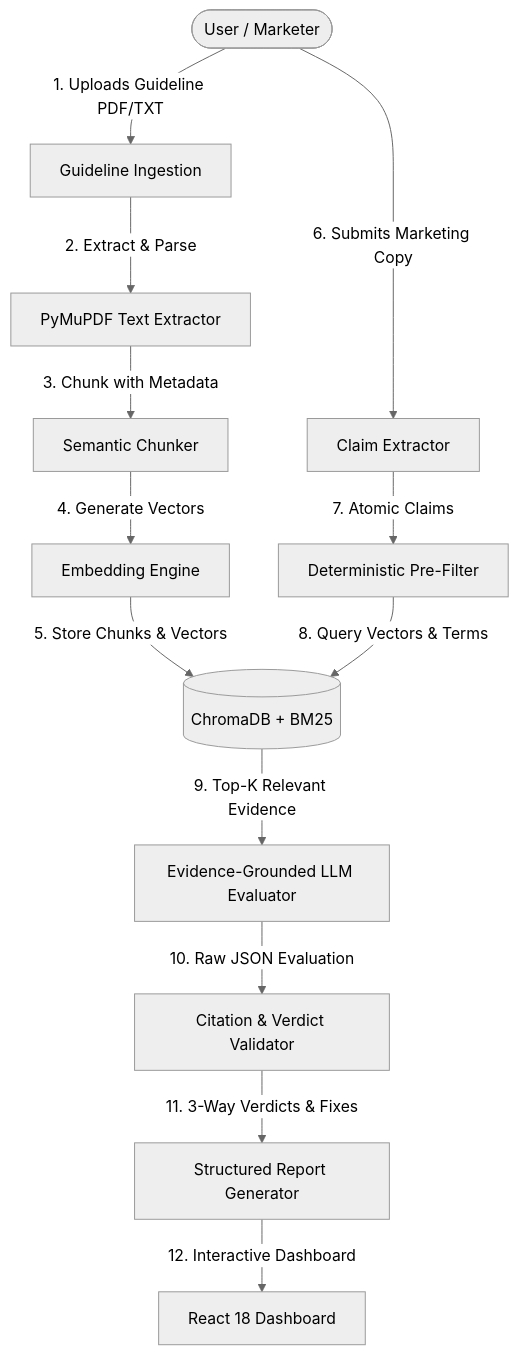
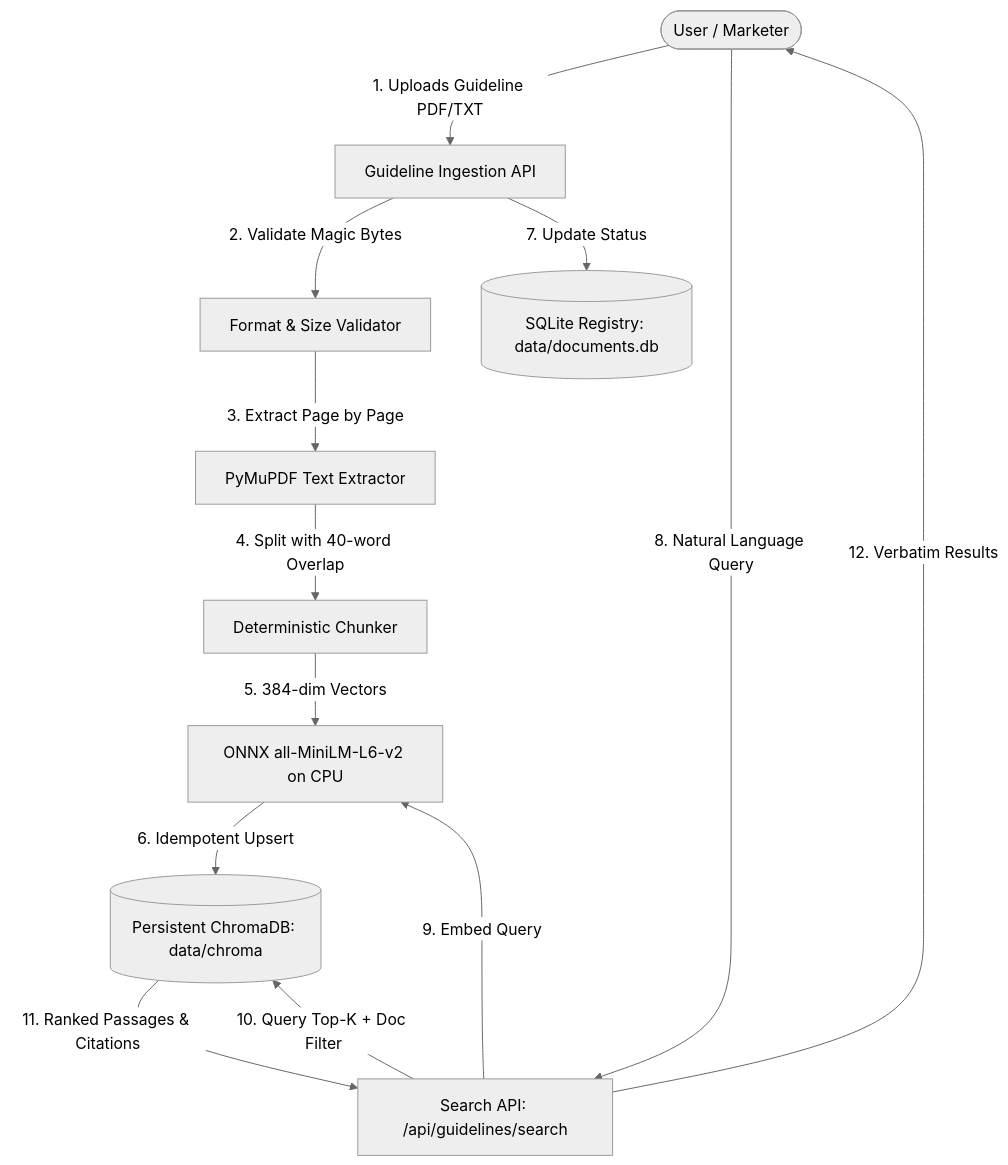
Before and after one commit to KPCHIRAGGUPTHA/BRAND_SENTRY_AI: the diagram in docs/ARCHITECTURE.md, drawn with Mermaid (neutral theme). The commit also changed other lines of this file and 24 other files, not shown here.

Commit message:
feat(phase-2): guideline ingestion, chunking, embeddings, and ChromaDB retrieval

````diff
--- a/docs/ARCHITECTURE.md
+++ b/docs/ARCHITECTURE.md
@@ -139,18 +68,16 @@
 ```mermaid
 flowchart TD
-    User([User / Marketer]) -->|1. Uploads Guideline PDF/TXT| Ingestion[Guideline Ingestion]
-    Ingestion -->|2. Extract & Parse| Extractor[PyMuPDF Text Extractor]
-    Extractor -->|3. Chunk with Metadata| Chunker[Semantic Chunker]
-    Chunker -->|4. Generate Vectors| Embedder[Embedding Engine]
-    Embedder -->|5. Store Chunks & Vectors| Chroma[(ChromaDB + BM25)]
+    User([User / Marketer]) -->|1. Uploads Guideline PDF/TXT| Ingestion[Guideline Ingestion API]
+    Ingestion -->|2. Validate Magic Bytes| Validator[Format & Size Validator]
+    Validator -->|3. Extract Page by Page| Extractor[PyMuPDF Text Extractor]
+    Extractor -->|4. Split with 40-word Overlap| Chunker[Deterministic Chunker]
+    Chunker -->|5. 384-dim Vectors| Embedder[ONNX all-MiniLM-L6-v2 on CPU]
+    Embedder -->|6. Idempotent Upsert| Chroma[(Persistent ChromaDB: data/chroma)]
+    Ingestion -->|7. Update Status| SQLite[(SQLite Registry: data/documents.db)]
 
-    User -->|6. Submits Marketing Copy| ClaimParser[Claim Extractor]
-    ClaimParser -->|7. Atomic Claims| PreCheck[Deterministic Pre-Filter]
-    
-    PreCheck -->|8. Query Vectors & Terms| Chroma
-    Chroma -->|9. Top-K Relevant Evidence| LLMReview[Evidence-Grounded LLM Evaluator]
-    
-    LLMReview -->|10. Raw JSON Evaluation| Validator[Citation & Verdict Validator]
-    Validator -->|11. 3-Way Verdicts & Fixes| ReportGen[Structured Report Generator]
-    ReportGen -->|12. Interactive Dashboard| UI[React 18 Dashboard]
+    User -->|8. Natural Language Query| SearchAPI[Search API: /api/guidelines/search]
+    SearchAPI -->|9. Embed Query| Embedder
+    SearchAPI -->|10. Query Top-K + Doc Filter| Chroma
+    Chroma -->|11. Ranked Passages & Citations| SearchAPI
+    SearchAPI -->|12. Verbatim Results| User
 ```
````
